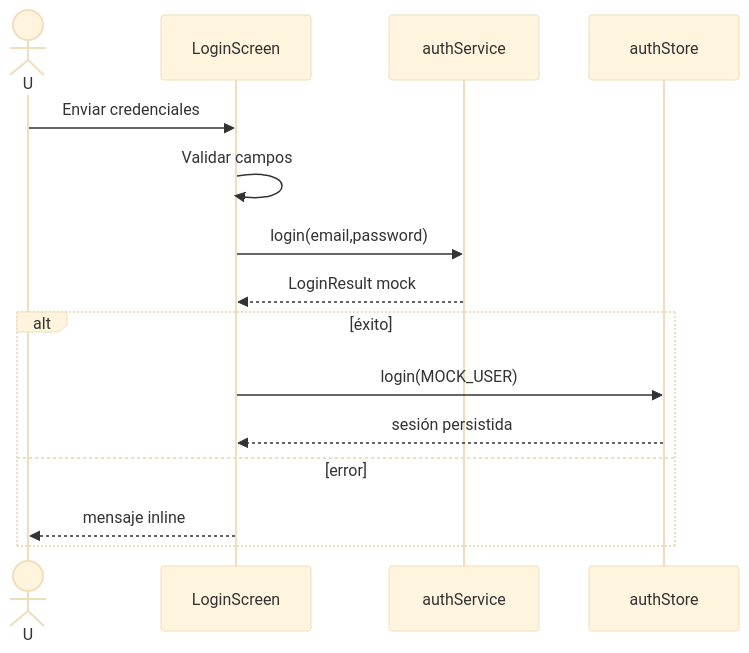
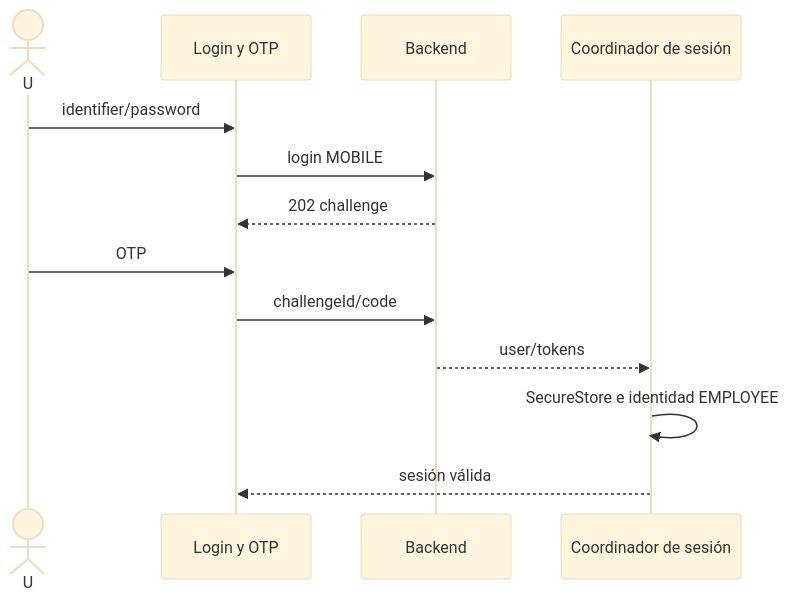
Before and after one commit to IvanContrerasDev/mobile_app_gdes: the first of 5 diagrams in docs/02-flujos-de-usuario.md, drawn with Mermaid (base theme). The commit also changed other lines of this file and 74 other files, not shown here.

````diff
--- a/docs/02-flujos-de-usuario.md
+++ b/docs/02-flujos-de-usuario.md
@@ -26,17 +15,15 @@
 ```mermaid
 sequenceDiagram
  actor U
- participant UI as LoginScreen
- participant S as authService
- participant Z as authStore
- U->>UI: Enviar credenciales
- UI->>UI: Validar campos
- UI->>S: login(email,password)
- S-->>UI: LoginResult mock
- alt éxito
-  UI->>Z: login(MOCK_USER)
-  Z-->>UI: sesión persistida
- else error
-  UI-->>U: mensaje inline
- end
+ participant UI as Login y OTP
+ participant API as Backend
+ participant S as Coordinador de sesión
+ U->>UI: identifier/password
+ UI->>API: login MOBILE
+ API-->>UI: 202 challenge
+ U->>UI: OTP
+ UI->>API: challengeId/code
+ API-->>S: user/tokens
+ S->>S: SecureStore e identidad EMPLOYEE
+ S-->>UI: sesión válida
 ```
````
